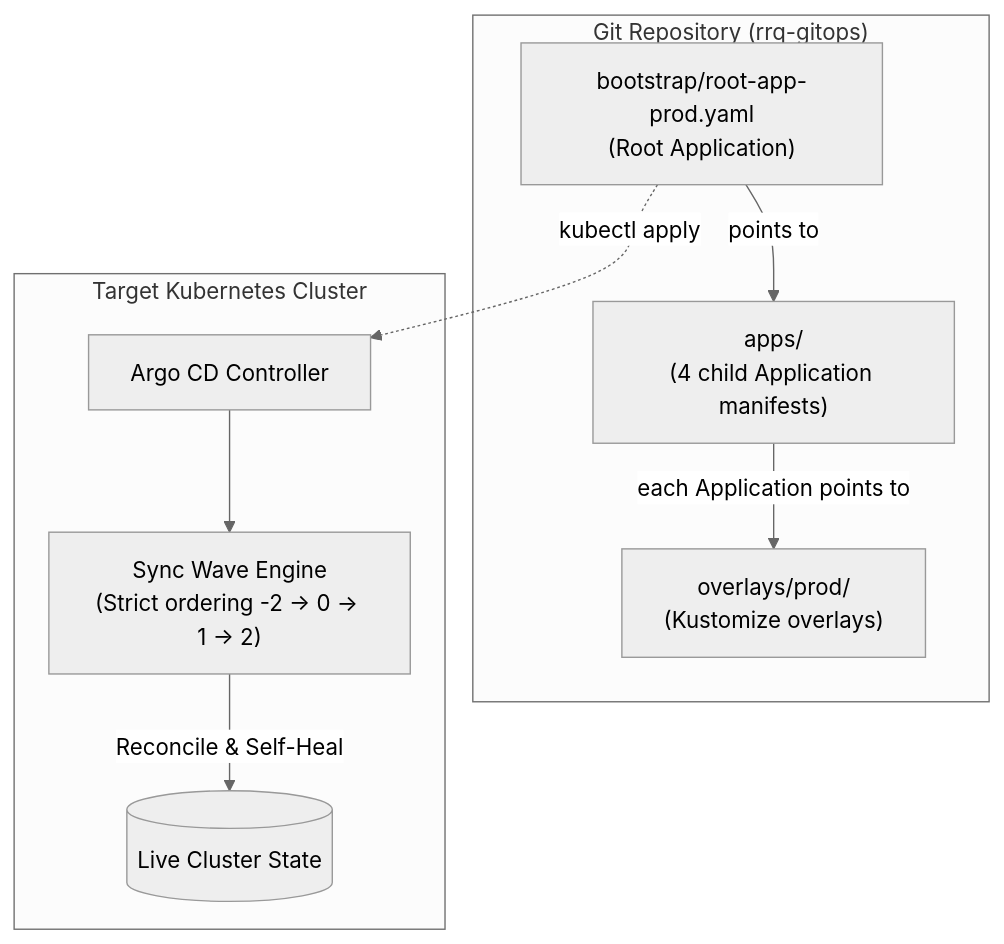
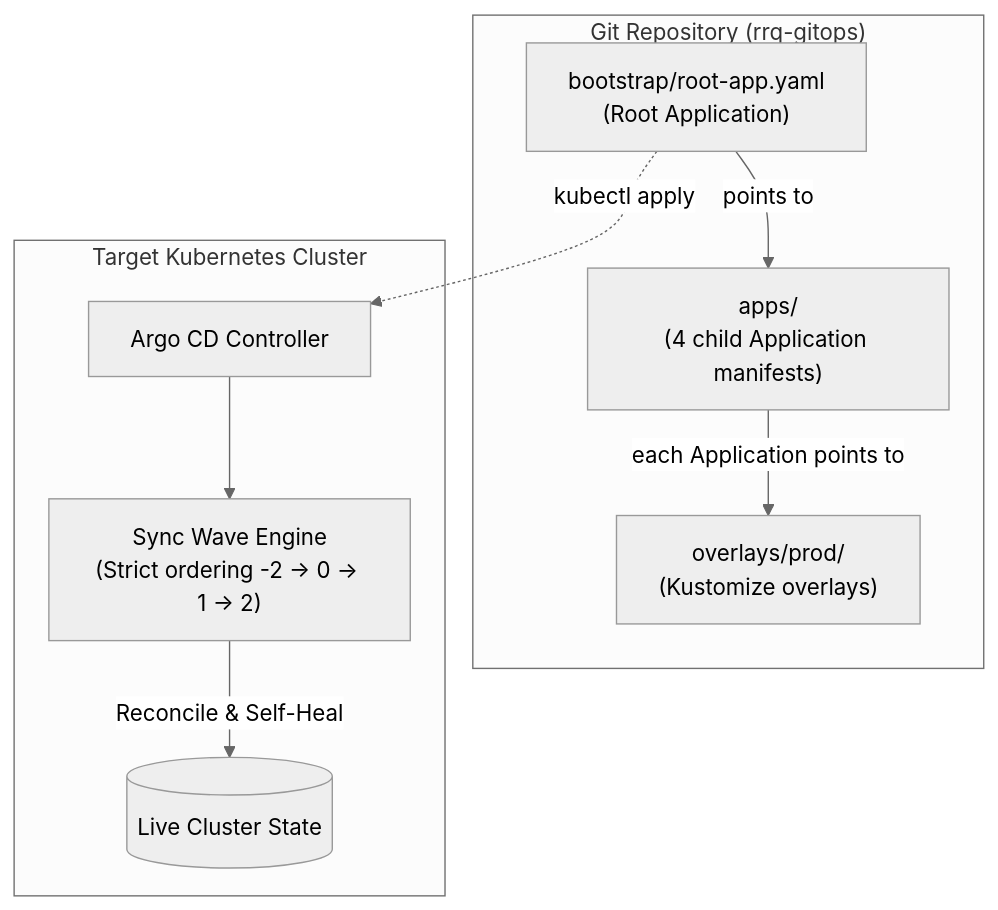
Before and after one commit to Joel-Ajayi/rrq-gitops: the diagram in docs/ARCHITECTURE.md, drawn with Mermaid (neutral theme). The commit also changed other lines of this file and 5 other files, not shown here.

Commit message:
refactor(bootstrap): consolidate root application manifest to bootstrap/root-app.yaml

````diff
--- a/docs/ARCHITECTURE.md
+++ b/docs/ARCHITECTURE.md
@@ -16,22 +16,22 @@
 ```mermaid
 %%{init: {"flowchart": {"useMaxWidth": true, "nodeSpacing": 30, "rankSpacing": 40}}}%%
 graph TD
   subgraph "Git Repository (rrq-gitops)"
-    rootApp["bootstrap/root-app-prod.yaml<br/>(Root Application)"]
+    rootApp["bootstrap/root-app.yaml<br/>(Root Application)"]
     apps["apps/<br/>(4 child Application manifests)"]
     overlays["overlays/prod/<br/>(Kustomize overlays)"]
 
     rootApp -->|"points to"| apps
     apps -->|"each Application points to"| overlays
   end
 
   subgraph "Target Kubernetes Cluster"
     argocd["Argo CD Controller"]
     waves["Sync Wave Engine<br/>(Strict ordering -2 → 0 → 1 → 2)"]
     cluster[("Live Cluster State")]
 
     rootApp -.->|"kubectl apply"| argocd
     argocd --> waves
     waves -->|"Reconcile & Self-Heal"| cluster
   end
 ```
````
